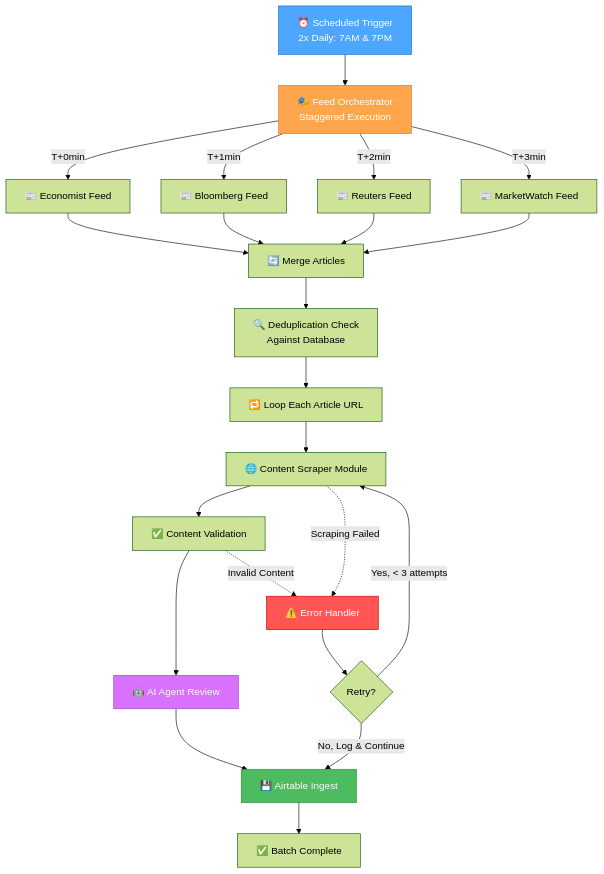
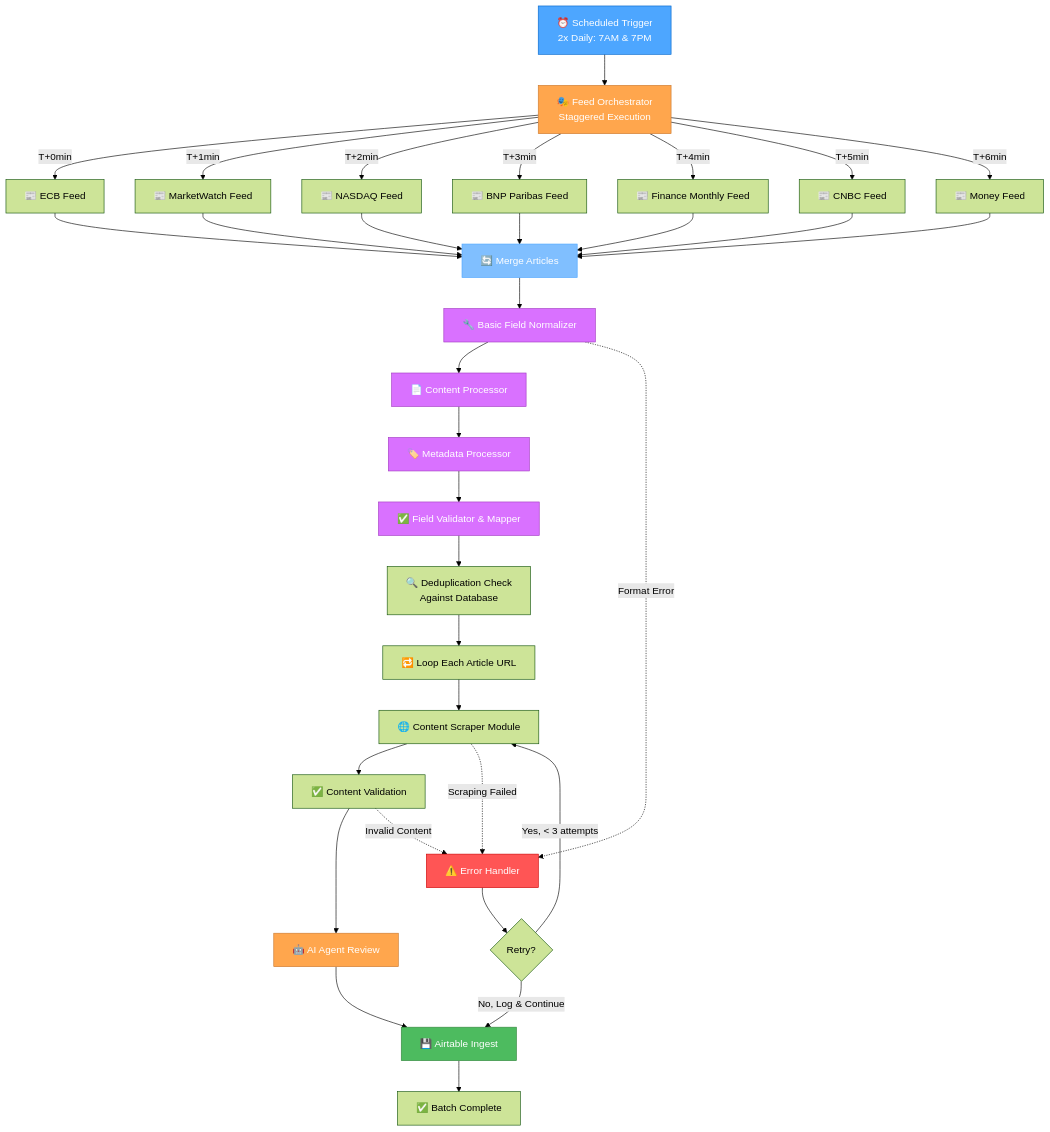
Before and after one commit to Capp3/n8n-fineopinion: the second of 4 diagrams in fineopinions_diagram.md, drawn with Mermaid (forest theme). The commit also changed other lines of this file and 24 other files, not shown here.

````diff
--- a/fineopinions_diagram.md
+++ b/fineopinions_diagram.md
@@ -16,40 +100,51 @@
 ```mermaid
 graph TB
     %% Main Entry Point
     START[⏰ Scheduled Trigger<br/>2x Daily: 7AM & 7PM] --> ORCHESTRATOR[🎭 Feed Orchestrator<br/>Staggered Execution]
 
-    %% Feed Processing
-    ORCHESTRATOR -->|T+0min| FEED1[📰 Economist Feed]
-    ORCHESTRATOR -->|T+1min| FEED2[📰 Bloomberg Feed]
-    ORCHESTRATOR -->|T+2min| FEED3[📰 Reuters Feed]
-    ORCHESTRATOR -->|T+3min| FEED4[📰 MarketWatch Feed]
+    %% Feed Processing (Updated with Actual 7 Feeds)
+    ORCHESTRATOR -->|T+0min| FEED1[📰 ECB Feed]
+    ORCHESTRATOR -->|T+1min| FEED2[📰 MarketWatch Feed]
+    ORCHESTRATOR -->|T+2min| FEED3[📰 NASDAQ Feed]
+    ORCHESTRATOR -->|T+3min| FEED4[📰 BNP Paribas Feed]
+    ORCHESTRATOR -->|T+4min| FEED5[📰 Finance Monthly Feed]
+    ORCHESTRATOR -->|T+5min| FEED6[📰 CNBC Feed]
+    ORCHESTRATOR -->|T+6min| FEED7[📰 Money Feed]
 
-    %% Merge Point
-    FEED1 & FEED2 & FEED3 & FEED4 --> MERGE[🔄 Merge Articles]
+    %% RSS Post-Processing Pipeline (NEW)
+    FEED1 & FEED2 & FEED3 & FEED4 & FEED5 & FEED6 & FEED7 --> MERGE[🔄 Merge Articles]
+    MERGE --> NORMALIZE[🔧 Basic Field Normalizer]
+    NORMALIZE --> CONTENTPROC[📄 Content Processor]
+    CONTENTPROC --> METADATA[🏷️ Metadata Processor]
+    METADATA --> VALIDATE[✅ Field Validator & Mapper]
 
-    %% Deduplication
-    MERGE --> DEDUP[🔍 Deduplication Check<br/>Against Database]
-
-    %% Processing Pipeline
+    %% Deduplication & Processing Pipeline
+    VALIDATE --> DEDUP[🔍 Deduplication Check<br/>Against Database]
     DEDUP --> LOOP[🔁 Loop Each Article URL]
     LOOP --> SCRAPE[🌐 Content Scraper Module]
-    SCRAPE --> VALIDATE[✅ Content Validation]
-    VALIDATE --> AGENT[🤖 AI Agent Review]
+    SCRAPE --> AIVALIDATE[✅ Content Validation]
+    AIVALIDATE --> AGENT[🤖 AI Agent Review]
     AGENT --> STORE[💾 Airtable Ingest]
 
     %% Error Handling
     SCRAPE -.->|Scraping Failed| ERROR[⚠️ Error Handler]
-    VALIDATE -.->|Invalid Content| ERROR
+    AIVALIDATE -.->|Invalid Content| ERROR
+    NORMALIZE -.->|Format Error| ERROR
     ERROR --> RETRY{Retry?}
     RETRY -->|Yes, < 3 attempts| SCRAPE
     RETRY -->|No, Log & Continue| STORE
 
     %% Completion
     STORE --> COMPLETE[✅ Batch Complete]
 
     style START fill:#4da6ff,stroke:#0066cc,color:white
     style ORCHESTRATOR fill:#ffa64d,stroke:#cc7a30,color:white
-    style AGENT fill:#d971ff,stroke:#a33bc2,color:white
+    style MERGE fill:#80bfff,stroke:#4da6ff,color:white
+    style NORMALIZE fill:#d971ff,stroke:#a33bc2,color:white
+    style CONTENTPROC fill:#d971ff,stroke:#a33bc2,color:white
+    style METADATA fill:#d971ff,stroke:#a33bc2,color:white
+    style VALIDATE fill:#d971ff,stroke:#a33bc2,color:white
+    style AGENT fill:#ffa64d,stroke:#cc7a30,color:white
     style STORE fill:#4dbb5f,stroke:#36873f,color:white
     style ERROR fill:#ff5555,stroke:#cc0000,color:white
 ```
````
